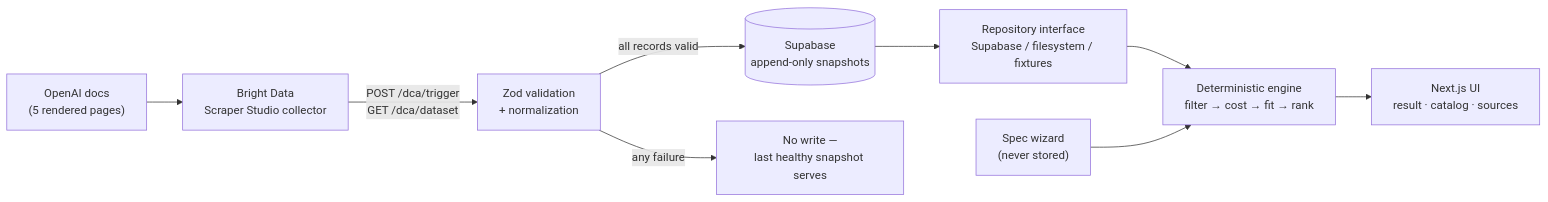
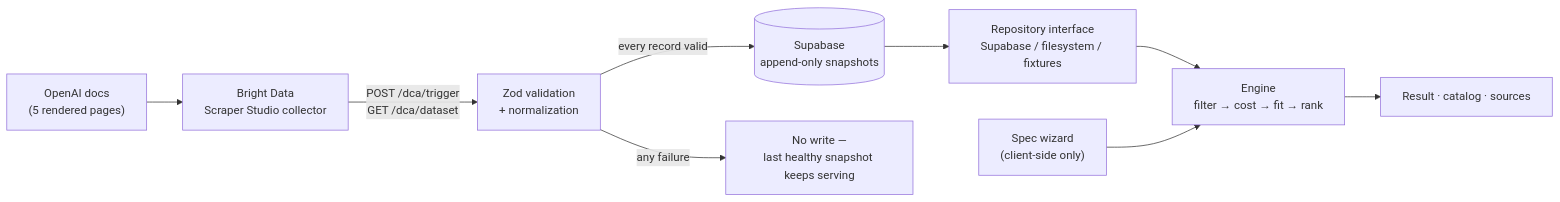
One commit to thisisharsh7/spec-pilot changed the diagram in README.md. Above: the diagram before and after it, drawn with Mermaid. The commit also changed other lines of this file, not shown here.

````diff
--- a/README.md
+++ b/README.md
@@ -68,11 +25,11 @@
 ```mermaid
 flowchart LR
   A["OpenAI docs<br/>(5 rendered pages)"] --> B["Bright Data<br/>Scraper Studio collector"]
   B -->|"POST /dca/trigger<br/>GET /dca/dataset"| C["Zod validation<br/>+ normalization"]
-  C -->|"all records valid"| D[("Supabase<br/>append-only snapshots")]
-  C -->|"any failure"| E["No write —<br/>last healthy snapshot serves"]
+  C -->|"every record valid"| D[("Supabase<br/>append-only snapshots")]
+  C -->|"any failure"| E["No write —<br/>last healthy snapshot keeps serving"]
   D --> F["Repository interface<br/>Supabase / filesystem / fixtures"]
-  F --> G["Deterministic engine<br/>filter → cost → fit → rank"]
-  H["Spec wizard<br/>(never stored)"] --> G
-  G --> I["Next.js UI<br/>result · catalog · sources"]
+  F --> G["Engine<br/>filter → cost → fit → rank"]
+  H["Spec wizard<br/>(client-side only)"] --> G
+  G --> I["Result · catalog · sources"]
 ```
````
